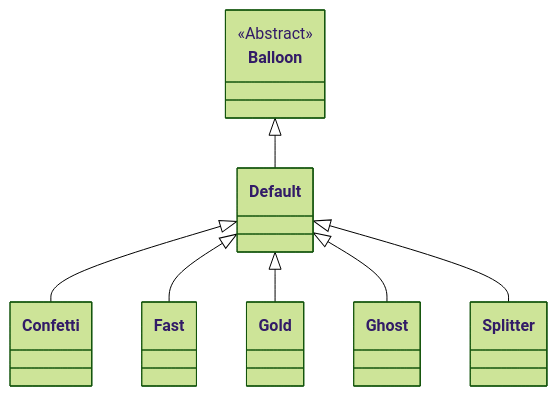
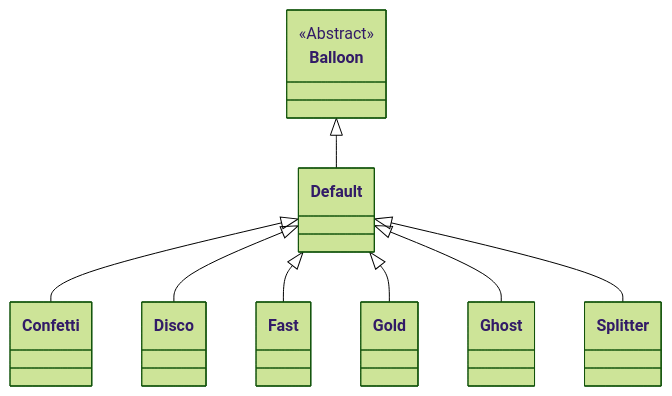
Before and after one commit to SimonStnn/pop-a-loon: the second of 3 diagrams in docs/README.md, drawn with Mermaid (forest theme). The commit also changed other lines of this file and 1 other file, not shown here.

Commit message:
Add disco balloon docs

````diff
--- a/docs/README.md
+++ b/docs/README.md
@@ -286,12 +288,13 @@
 ```mermaid
 classDiagram
 direction BT
 class Balloon { <<Abstract>> }
 
 Default --|> Balloon
 Confetti --|> Default
+Disco --|> Default
 Fast --|> Default
 Gold --|> Default
 Ghost --|> Default
 Splitter --|> Default
 ```
````
